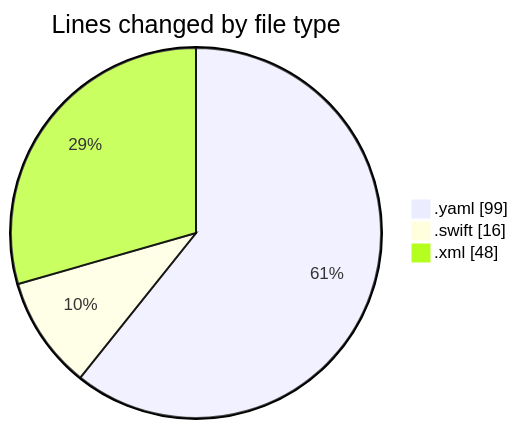
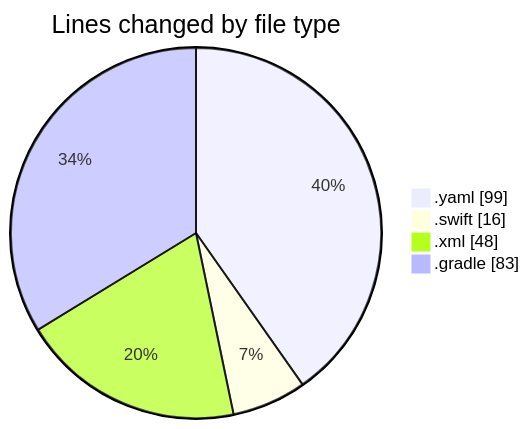
One commit to donsfak/code-tracking changed the first of 2 diagrams in 2025-02-16/uber_clone_v1/README.md. Above: the diagram before and after it, drawn with Mermaid. The commit also changed other lines of this file and 1 other file, not shown here.

````diff
--- a/2025-02-16/uber_clone_v1/README.md
+++ b/2025-02-16/uber_clone_v1/README.md
@@ -22,7 +24,8 @@
 ```mermaid
 pie showData
 title Lines changed by file type
 ".yaml" : 99
 ".swift" : 16
 ".xml" : 48
+".gradle" : 83
 ```
````
